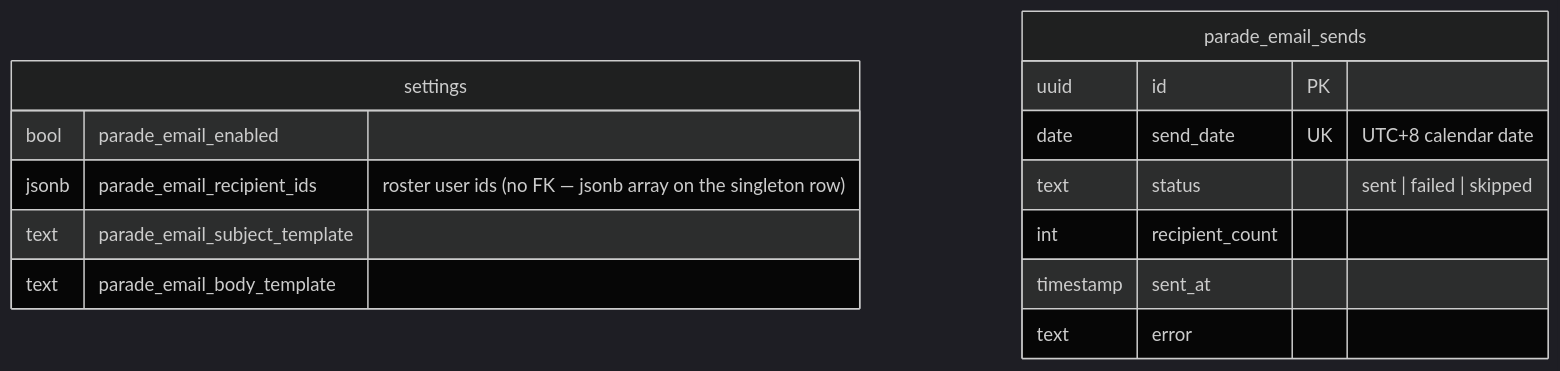
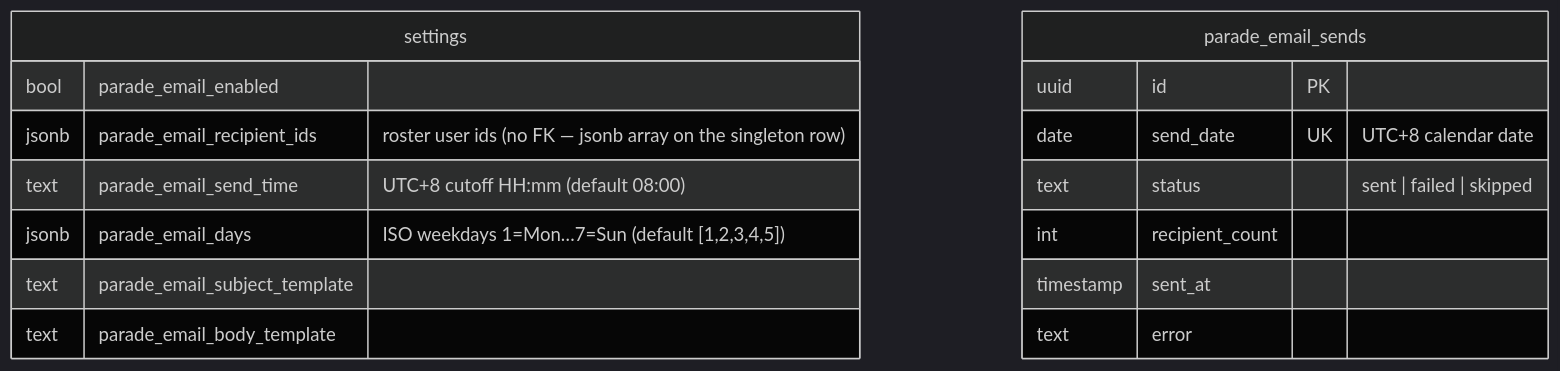
One commit to oncloudnintynineone-source/cloudy2 changed the second of 2 diagrams in docs/parade-state-email.md. Above: the diagram before and after it, drawn with Mermaid (dark theme). The commit also changed other lines of this file and 26 other files, not shown here.

````diff
--- a/docs/parade-state-email.md
+++ b/docs/parade-state-email.md
@@ -57,17 +61,19 @@
 ```mermaid
 erDiagram
  settings {
   bool parade_email_enabled
   jsonb parade_email_recipient_ids "roster user ids (no FK — jsonb array on the singleton row)"
+  text parade_email_send_time "UTC+8 cutoff HH:mm (default 08:00)"
+  jsonb parade_email_days "ISO weekdays 1=Mon…7=Sun (default [1,2,3,4,5])"
   text parade_email_subject_template
   text parade_email_body_template
  }
  parade_email_sends {
   uuid id PK
   date send_date UK "UTC+8 calendar date"
   text status "sent | failed | skipped"
   int recipient_count
   timestamp sent_at
   text error
  }
 ```
````
